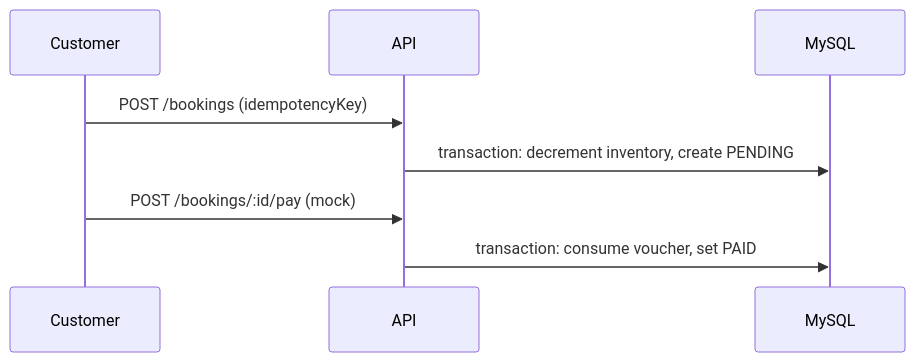
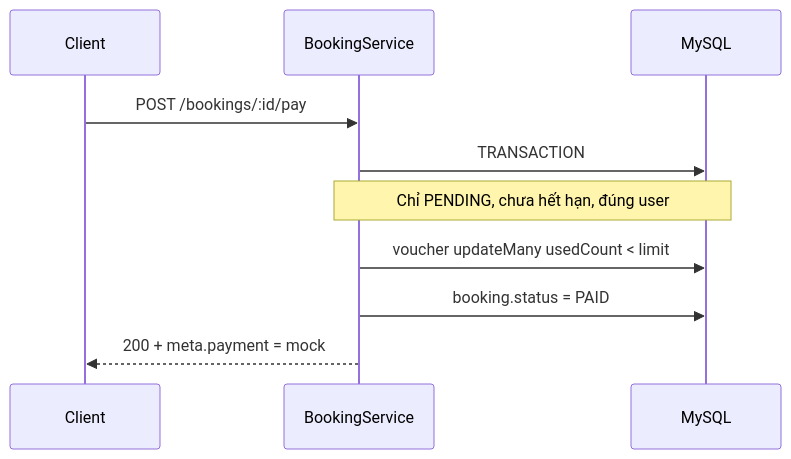
Before and after one commit to kkang0302/Ticket-Booking-Web: the third of 4 diagrams in docs/ARCHITECTURE.md, drawn with Mermaid. The commit also changed other lines of this file and 16 other files, not shown here.

````diff
--- a/docs/ARCHITECTURE.md
+++ b/docs/ARCHITECTURE.md
@@ -36,11 +152,13 @@
 ```mermaid
 sequenceDiagram
-  participant C as Customer
-  participant API as API
+  participant C as Client
+  participant API as BookingService
   participant DB as MySQL
 
-  C->>API: POST /bookings (idempotencyKey)
-  API->>DB: transaction: decrement inventory, create PENDING
-  C->>API: POST /bookings/:id/pay (mock)
-  API->>DB: transaction: consume voucher, set PAID
+  C->>API: POST /bookings/:id/pay
+  API->>DB: TRANSACTION
+  Note over API,DB: Chỉ PENDING, chưa hết hạn, đúng user
+  API->>DB: voucher updateMany usedCount < limit
+  API->>DB: booking.status = PAID
+  API-->>C: 200 + meta.payment = mock
 ```
````
